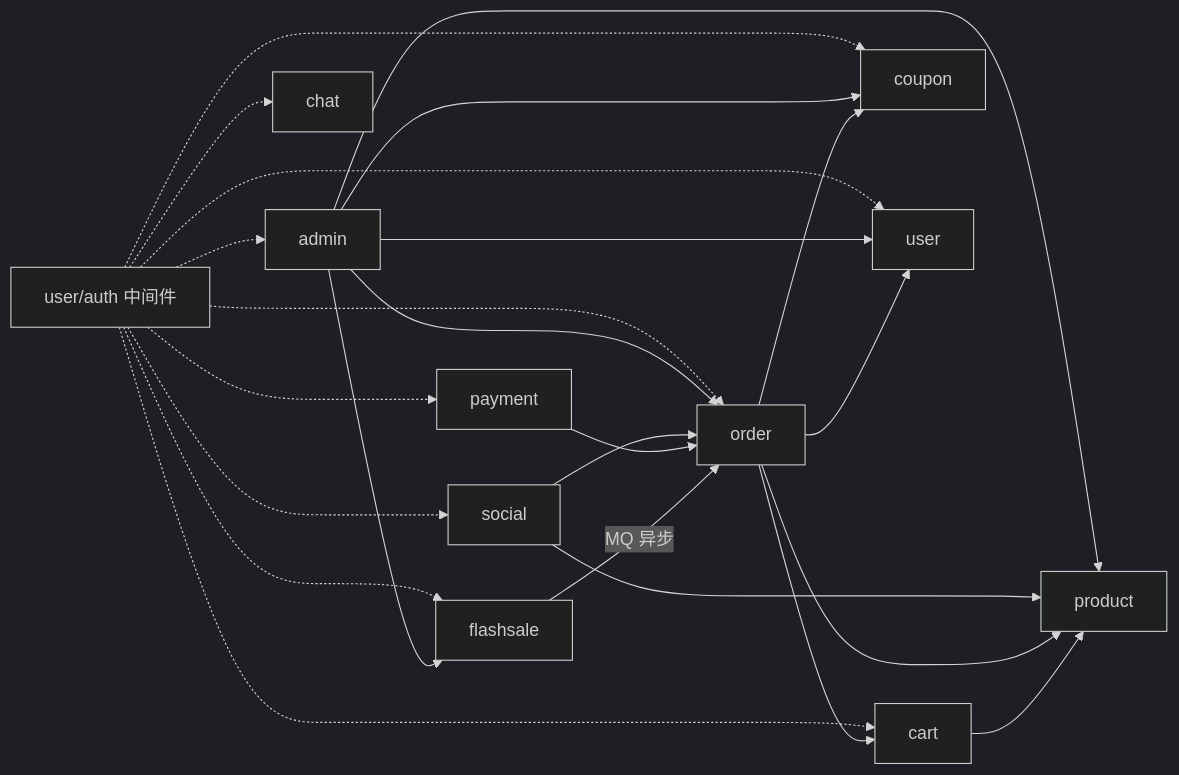
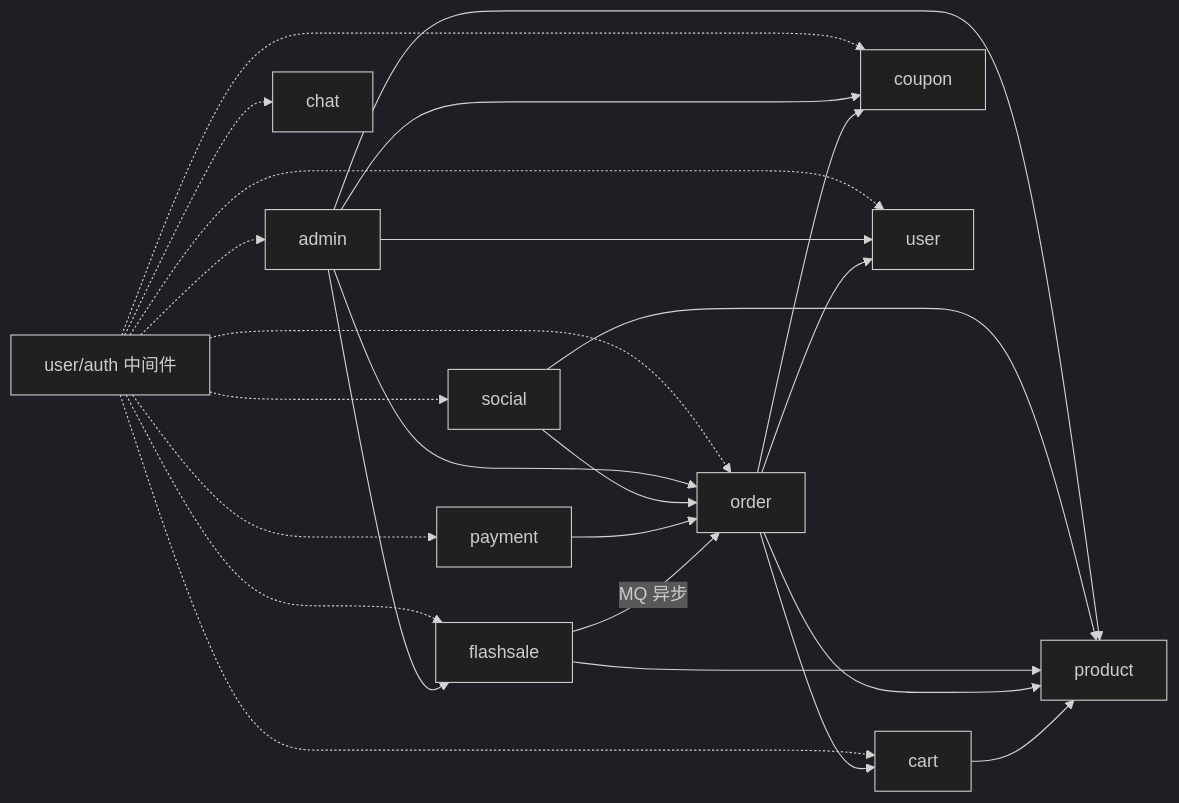
The diagram in docs/DESIGN.md (xiangzhang-coding/go-single), drawn with Mermaid (dark theme) before and after one commit. The commit also changed 11 other files, not shown here.

````diff
--- a/docs/DESIGN.md
+++ b/docs/DESIGN.md
@@ -237,26 +237,27 @@
 ```mermaid
 graph LR
     cart --> product
     order --> cart
     order --> product
     order --> coupon
     order --> user
+    flashsale --> product
     flashsale -->|MQ 异步| order
     payment --> order
     social --> order
     social --> product
     admin --> user
     admin --> product
     admin --> order
     admin --> flashsale
     admin --> coupon
     auth[user/auth 中间件] -.-> cart
     auth -.-> order
     auth -.-> flashsale
     auth -.-> social
     auth -.-> chat
     auth -.-> coupon
     auth -.-> admin
     auth -.-> user
     auth -.-> payment
 ```
````
